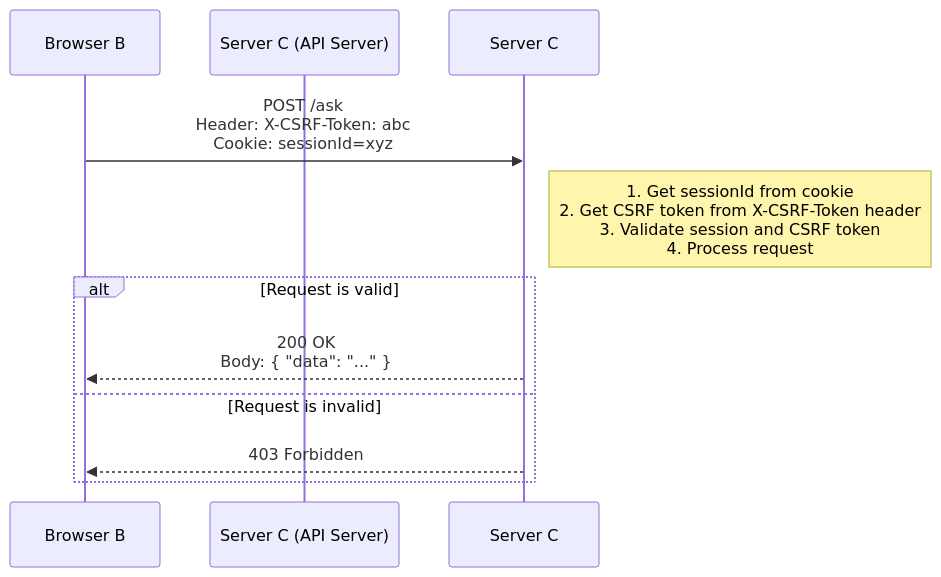
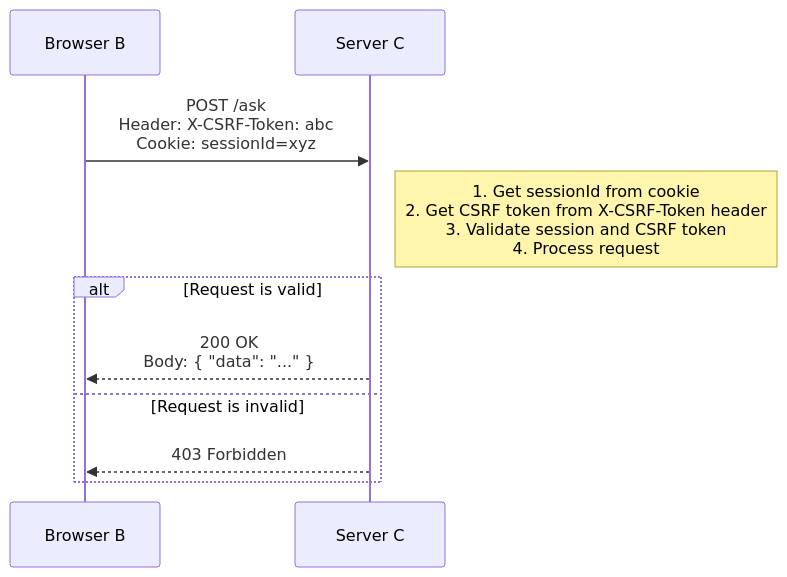
One commit to akhanal/notes changed the second of 2 diagrams in csrfexample.md. Above: the diagram before and after it, drawn with Mermaid. The commit also changed other lines of this file, not shown here.

````diff
--- a/csrfexample.md
+++ b/csrfexample.md
@@ -51,13 +49,12 @@
 ```mermaid
 sequenceDiagram
-    participant Browser B
-    participant Server C (API Server)
+
 
     Browser B->>Server C: POST /ask<br/>Header: X-CSRF-Token: abc<br/>Cookie: sessionId=xyz
     Note right of Server C: 1. Get sessionId from cookie<br/>2. Get CSRF token from X-CSRF-Token header<br/>3. Validate session and CSRF token<br/>4. Process request
     alt Request is valid
         Server C-->>Browser B: 200 OK<br/>Body: { "data": "..." }
     else Request is invalid
         Server C-->>Browser B: 403 Forbidden
     end
 ```
````
